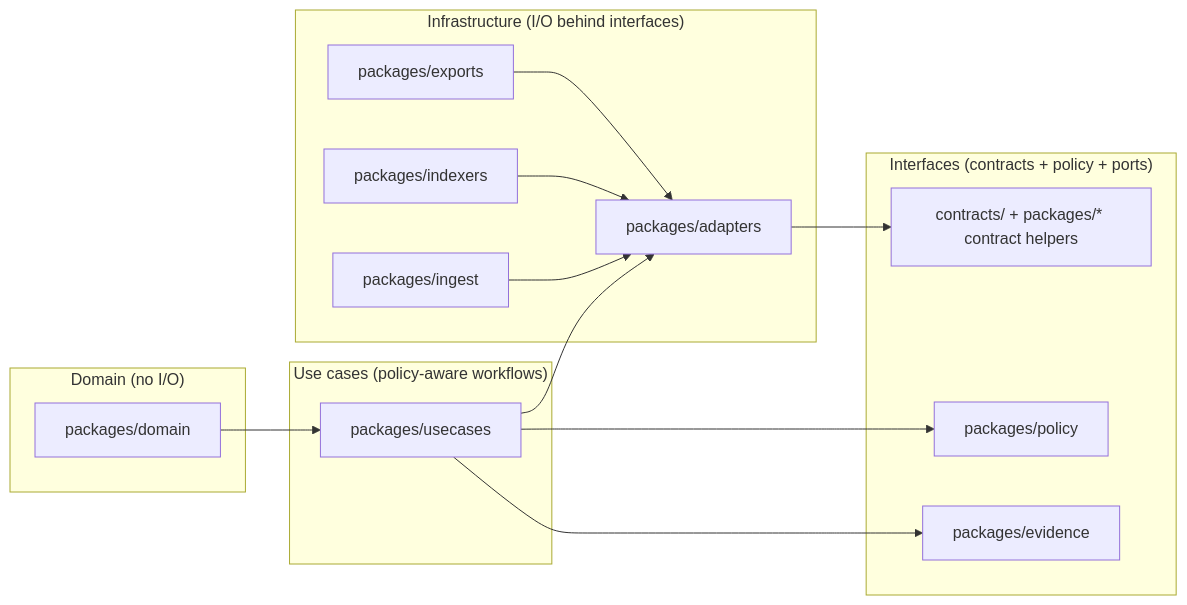
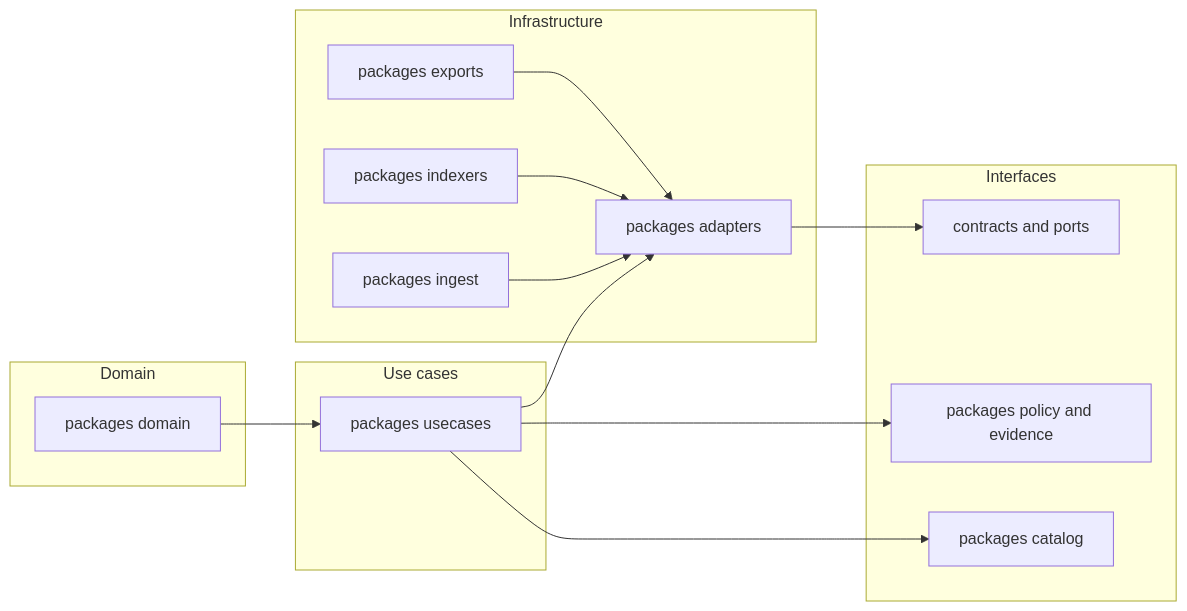
Before and after one commit to bartytime4life/Kansas-Frontier-Matrix: the third of 3 diagrams in packages/README.md, drawn with Mermaid. The commit also changed other lines of this file, not shown here.

````diff
--- a/packages/README.md
+++ b/packages/README.md
@@ -171,32 +224,32 @@
 ```mermaid
 flowchart LR
-  subgraph Domain["Domain (no I/O)"]
-    domain[packages/domain]
+  subgraph D[Domain]
+    D1[packages domain]
   end
 
-  subgraph UseCases["Use cases (policy-aware workflows)"]
-    usecases[packages/usecases]
+  subgraph U[Use cases]
+    U1[packages usecases]
   end
 
-  subgraph Interfaces["Interfaces (contracts + policy + ports)"]
-    contracts[contracts/ + packages/* contract helpers]
-    policyPkg[packages/policy]
-    evidencePkg[packages/evidence]
+  subgraph I[Interfaces]
+    I1[contracts and ports]
+    I2[packages policy and evidence]
+    I3[packages catalog]
   end
 
-  subgraph Infrastructure["Infrastructure (I/O behind interfaces)"]
-    adapters[packages/adapters]
-    ingest[packages/ingest]
-    indexers[packages/indexers]
-    exports[packages/exports]
+  subgraph X[Infrastructure]
+    X1[packages adapters]
+    X2[packages ingest]
+    X3[packages indexers]
+    X4[packages exports]
   end
 
-  domain --> usecases
-  usecases --> policyPkg
-  usecases --> evidencePkg
-  usecases --> adapters
-  adapters --> contracts
-  ingest --> adapters
-  indexers --> adapters
-  exports --> adapters
+  D1 --> U1
+  U1 --> I2
+  U1 --> I3
+  U1 --> X1
+  X1 --> I1
+  X2 --> X1
+  X3 --> X1
+  X4 --> X1
 ```
````
